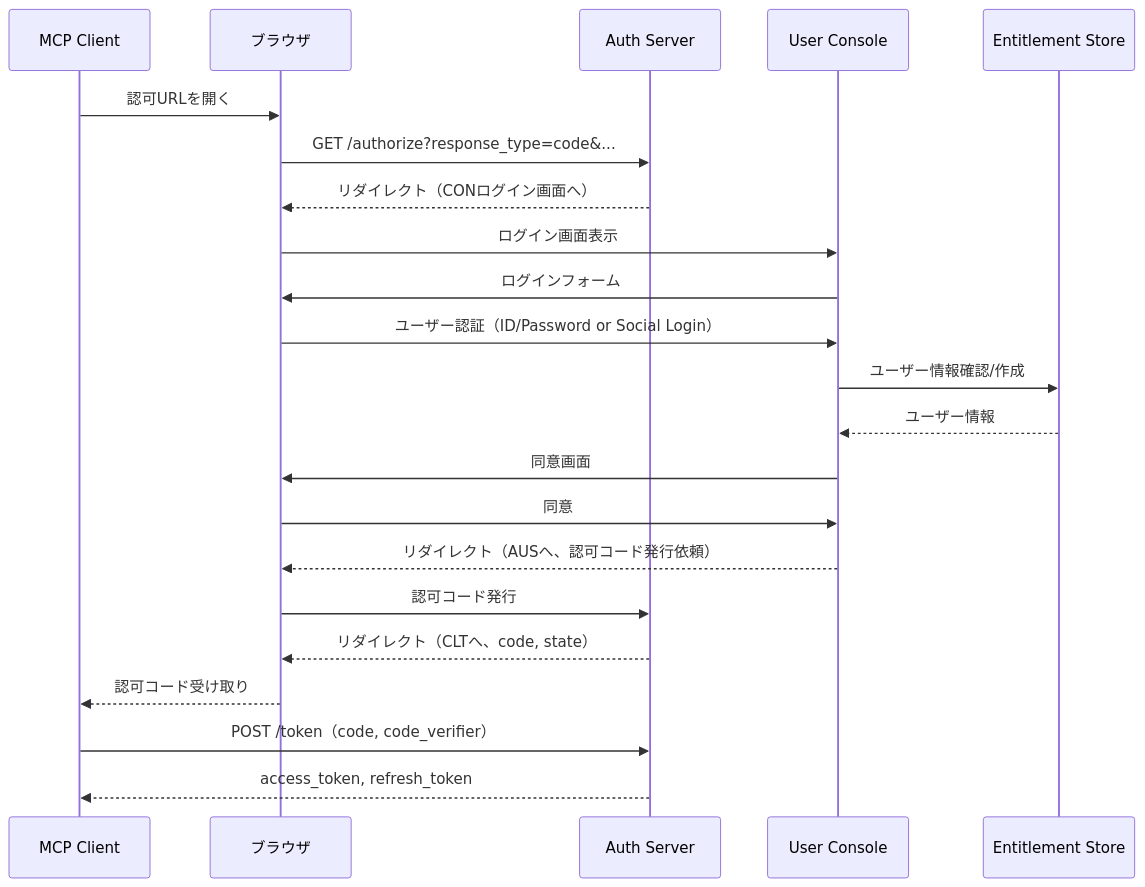
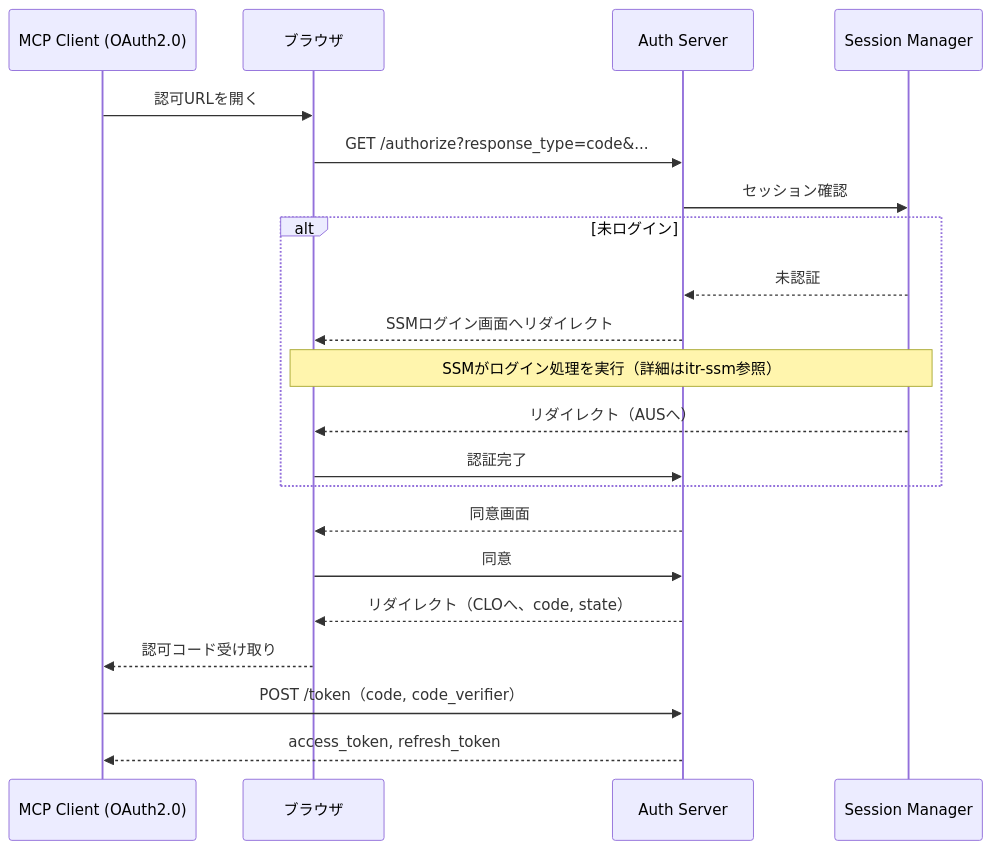
Before and after one commit to shibaleo/mcpist: the diagram in docs/specification/dtl-spc/itr-aus.md, drawn with Mermaid. The commit also changed other lines of this file and 23 other files, not shown here.

````diff
--- a/docs/specification/dtl-spc/itr-aus.md
+++ b/docs/specification/dtl-spc/itr-aus.md
@@ -62,26 +53,25 @@
 ```mermaid
 sequenceDiagram
-    participant CLT as MCP Client
+    participant CLO as MCP Client (OAuth2.0)
     participant Browser as ブラウザ
     participant AUS as Auth Server
-    participant CON as User Console
-    participant ENT as Entitlement Store
+    participant SSM as Session Manager
 
-    CLT->>Browser: 認可URLを開く
+    CLO->>Browser: 認可URLを開く
     Browser->>AUS: GET /authorize?response_type=code&...
-    AUS-->>Browser: リダイレクト（CONログイン画面へ）
-    Browser->>CON: ログイン画面表示
-    CON->>Browser: ログインフォーム
-    Browser->>CON: ユーザー認証（ID/Password or Social Login）
-    CON->>ENT: ユーザー情報確認/作成
-    ENT-->>CON: ユーザー情報
-    CON->>Browser: 同意画面
-    Browser->>CON: 同意
-    CON-->>Browser: リダイレクト（AUSへ、認可コード発行依頼）
-    Browser->>AUS: 認可コード発行
-    AUS-->>Browser: リダイレクト（CLTへ、code, state）
-    Browser-->>CLT: 認可コード受け取り
+    AUS->>SSM: セッション確認
+    alt 未ログイン
+        SSM-->>AUS: 未認証
+        AUS-->>Browser: SSMログイン画面へリダイレクト
+        Note over Browser,SSM: SSMがログイン処理を実行（詳細はitr-ssm参照）
+        SSM-->>Browser: リダイレクト（AUSへ）
+        Browser->>AUS: 認証完了
+    end
+    AUS-->>Browser: 同意画面
+    Browser->>AUS: 同意
+    AUS-->>Browser: リダイレクト（CLOへ、code, state）
+    Browser-->>CLO: 認可コード受け取り
 
-    CLT->>AUS: POST /token（code, code_verifier）
-    AUS-->>CLT: access_token, refresh_token
+    CLO->>AUS: POST /token（code, code_verifier）
+    AUS-->>CLO: access_token, refresh_token
 ```
````
